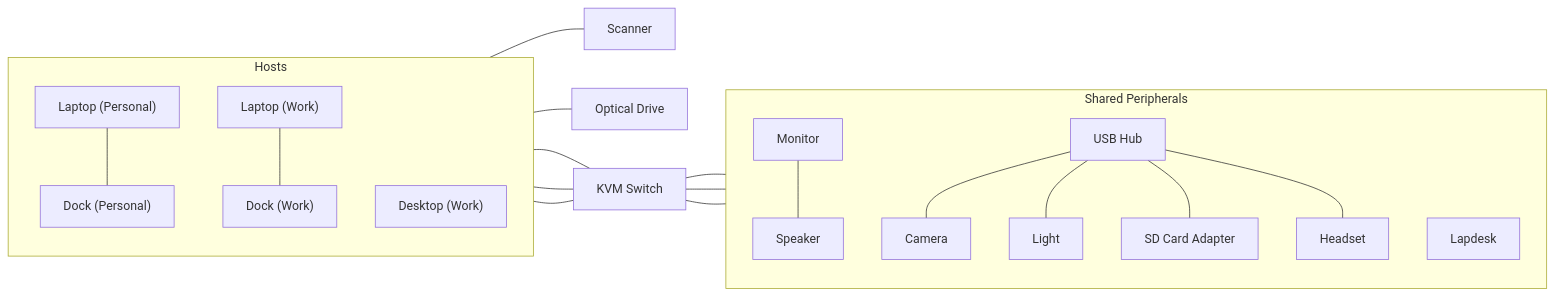
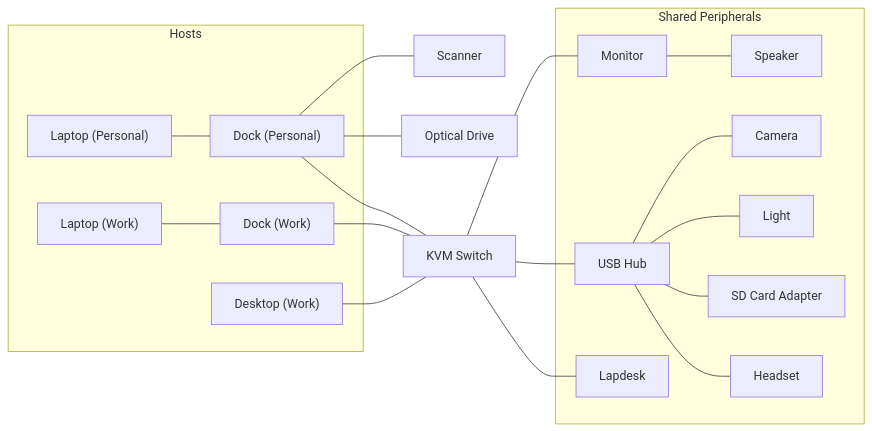
One commit to gtbuchanan/dotfiles changed the first of 2 diagrams in docs/desk-setup.md. Above: the diagram before and after it, drawn with Mermaid.

Commit message:
Drop nested subgraph direction in desk diagram
The `direction TB` declarations on the Hosts and Shared Peripherals
subgraphs are ignored the moment a subgraph node links outside itself,
and GitHub's pinned Mermaid version drops those cross-boundary edges
entirely -- leaving the KVM node orphaned. Every KVM edge crosses a
subgraph boundary, so the nested direction never took effect on GitHub
anyway. Removing it restores the host/peripheral-to-KVM lines.

````diff
--- a/docs/desk-setup.md
+++ b/docs/desk-setup.md
@@ -15,39 +15,37 @@
 ```mermaid
 flowchart LR
   subgraph hosts [Hosts]
-    direction TB
     PL["Laptop (Personal)"] --- D1["Dock (Personal)"]
     WL["Laptop (Work)"] --- LD["Dock (Work)"]
     MM["Desktop (Work)"]
   end
 
   SCANNER["Scanner"]
   OPTICAL["Optical Drive"]
   KVM["KVM Switch"]
 
   subgraph shared [Shared Peripherals]
-    direction TB
     UW["Monitor"]
     SB["Speaker"]
     HUB["USB Hub"]
     WC["Camera"]
     DL["Light"]
     SD["SD Card Adapter"]
     HS["Headset"]
     LAP["Lapdesk"]
   end
 
   D1 --- SCANNER
   D1 --- OPTICAL
   D1 --- KVM
   LD --- KVM
   MM --- KVM
   KVM --- UW
   UW --- SB
   KVM --- HUB
   HUB --- WC
   HUB --- DL
   HUB --- SD
   HUB --- HS
   KVM --- LAP
 ```
````
